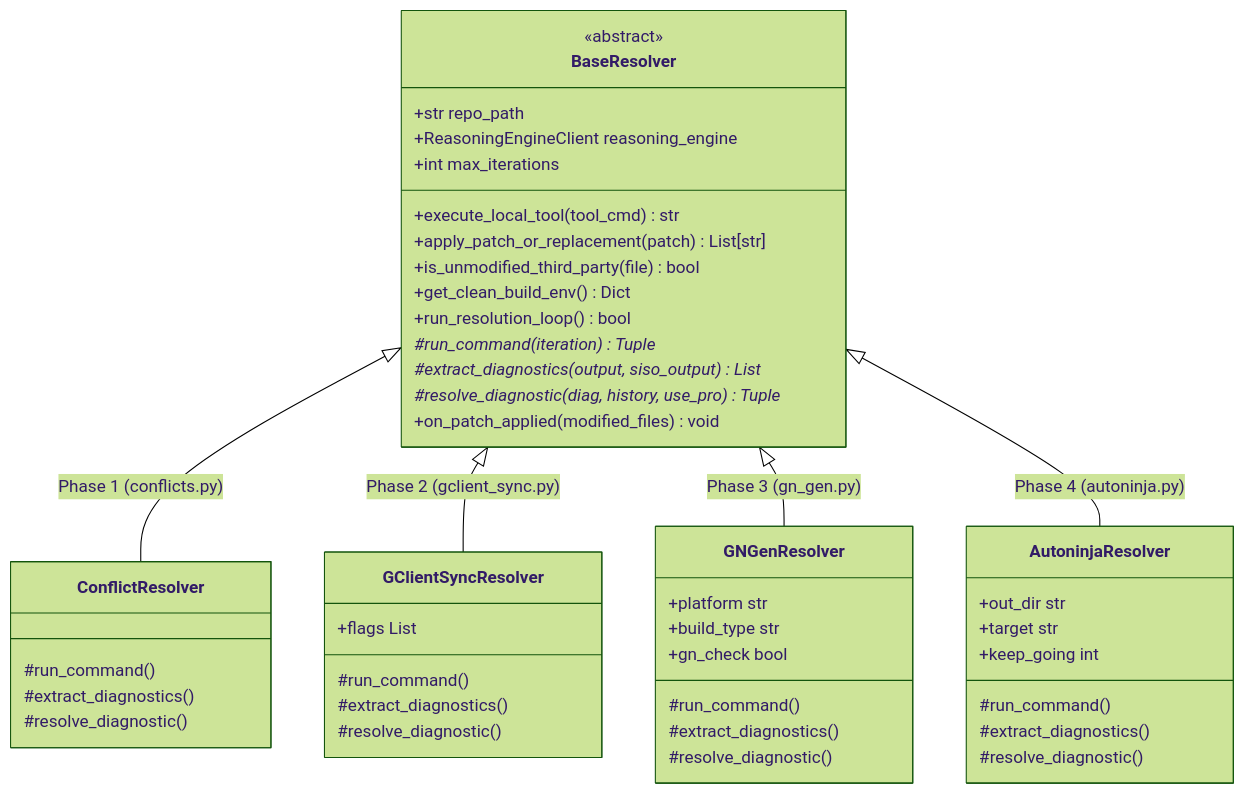
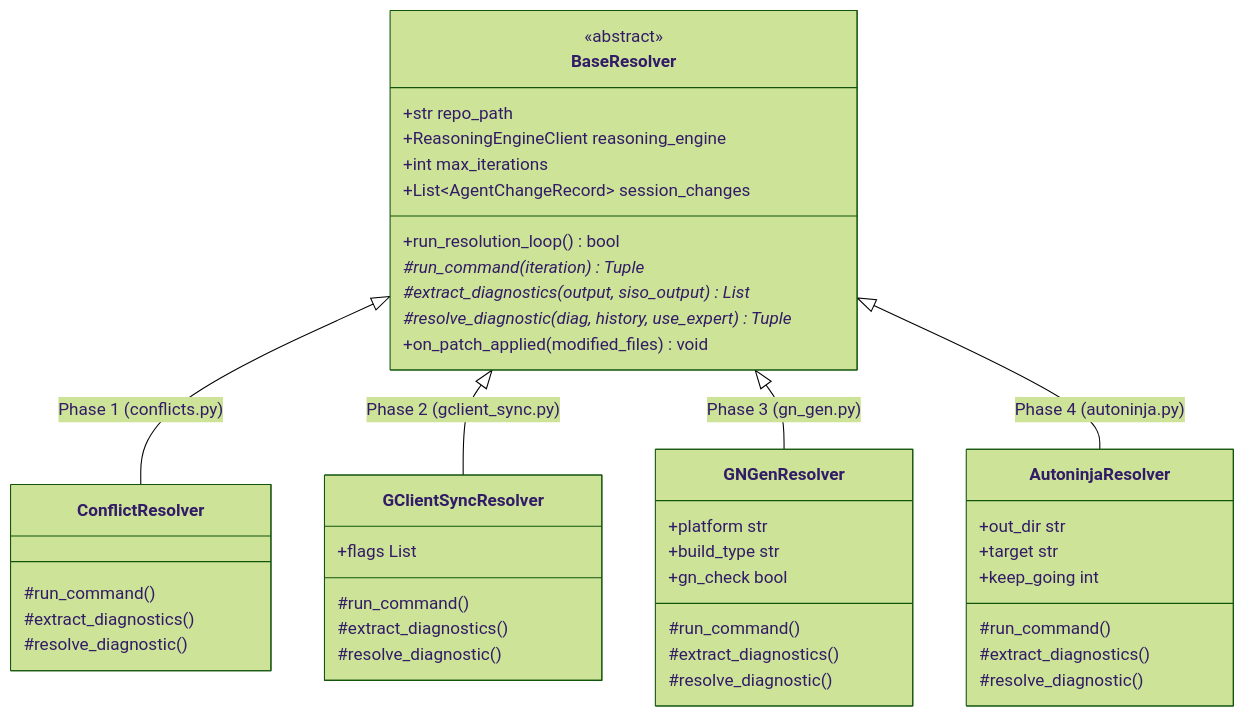
One commit to youtube/cobalt changed the diagram in .github/rebase/README.md. Above: the diagram before and after it, drawn with Mermaid (forest theme). The commit also changed other lines of this file, not shown here.

First line of the commit message:
docs: update rebase agent README

````diff
--- a/.github/rebase/README.md
+++ b/.github/rebase/README.md
@@ -155,51 +187,48 @@
 ```mermaid
 classDiagram
     class BaseResolver {
         <<abstract>>
         +str repo_path
         +ReasoningEngineClient reasoning_engine
         +int max_iterations
-        +execute_local_tool(tool_cmd) str
-        +apply_patch_or_replacement(patch) List[str]
-        +is_unmodified_third_party(file) bool
-        +get_clean_build_env() Dict
+        +List~AgentChangeRecord~ session_changes
         +run_resolution_loop() bool
         #run_command(iteration)* Tuple
         #extract_diagnostics(output, siso_output)* List
-        #resolve_diagnostic(diag, history, use_pro)* Tuple
+        #resolve_diagnostic(diag, history, use_expert)* Tuple
         +on_patch_applied(modified_files) void
     }
 
     class ConflictResolver {
         #run_command()
         #extract_diagnostics()
         #resolve_diagnostic()
     }
     class GClientSyncResolver {
         +flags List
         #run_command()
         #extract_diagnostics()
         #resolve_diagnostic()
     }
     class GNGenResolver {
         +platform str
         +build_type str
         +gn_check bool
         #run_command()
         #extract_diagnostics()
         #resolve_diagnostic()
     }
     class AutoninjaResolver {
         +out_dir str
         +target str
         +keep_going int
         #run_command()
         #extract_diagnostics()
         #resolve_diagnostic()
     }
 
     BaseResolver <|-- ConflictResolver : Phase 1 (conflicts.py)
     BaseResolver <|-- GClientSyncResolver : Phase 2 (gclient_sync.py)
     BaseResolver <|-- GNGenResolver : Phase 3 (gn_gen.py)
     BaseResolver <|-- AutoninjaResolver : Phase 4 (autoninja.py)
 ```
````
